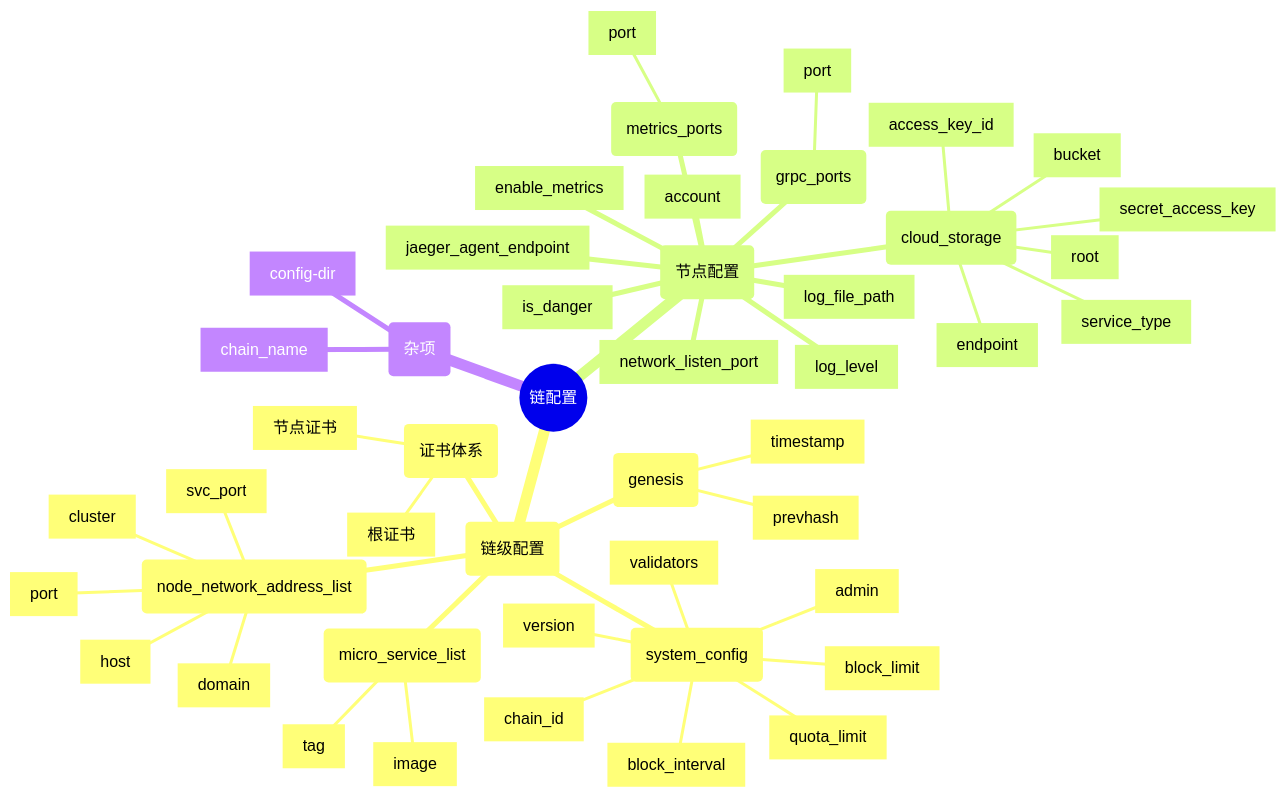
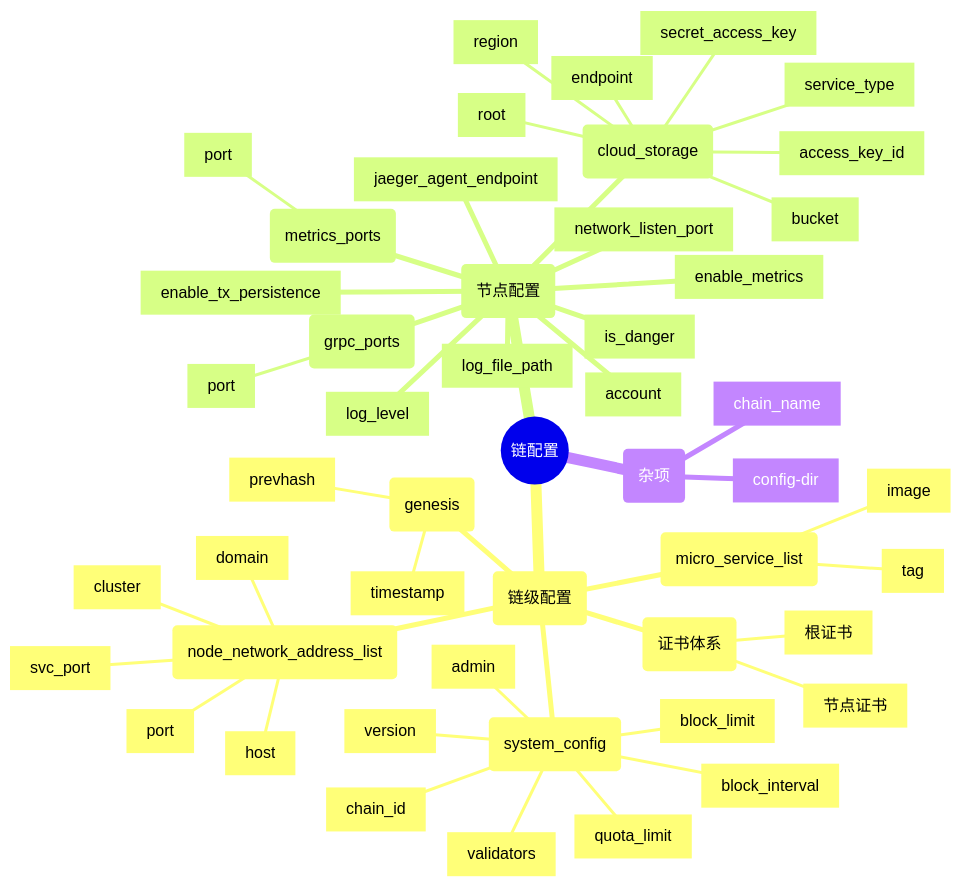
Before and after one commit to cita-cloud/cloud-config: the diagram in README.md, drawn with Mermaid. The commit also changed other lines of this file and 6 other files, not shown here.

Commit message:
add enable-tx-persistence and s3-region

````diff
--- a/README.md
+++ b/README.md
@@ -77,50 +77,52 @@
 ```mermaid
 mindmap
   root((链配置))
     id(链级配置)
         id(genesis)
             id[timestamp]
             id[prevhash]
         id(system_config)
             id[version]
             id[chain_id]
             id[admin]
             id[block_interval]
             id[validators]
             id[block_limit]
             id[quota_limit]
         id(node_network_address_list)
             id[host]
             id[port]
             id[domain]
             id[cluster]
             id[svc_port]
         id(micro_service_list)
             id[image]
             id[tag]
         id(证书体系)
             id[根证书]
             id[节点证书]
     id(节点配置)
         id(grpc_ports)
             id[port]
         id(metrics_ports)
             id[port]
         id[network_listen_port]
         id[log_level]
         id[log_file_path]
         id[jaeger_agent_endpoint]
         id[account]
         id[enable_metrics]
         id[is_danger]
+        id[enable_tx_persistence]
         id(cloud_storage)
             id[access_key_id]
             id[secret_access_key]
             id[endpoint]
             id[bucket]
             id[service_type]
             id[root]
+            id[region]
     id(杂项)
         id[config-dir]
         id[chain_name]
 ```
````
